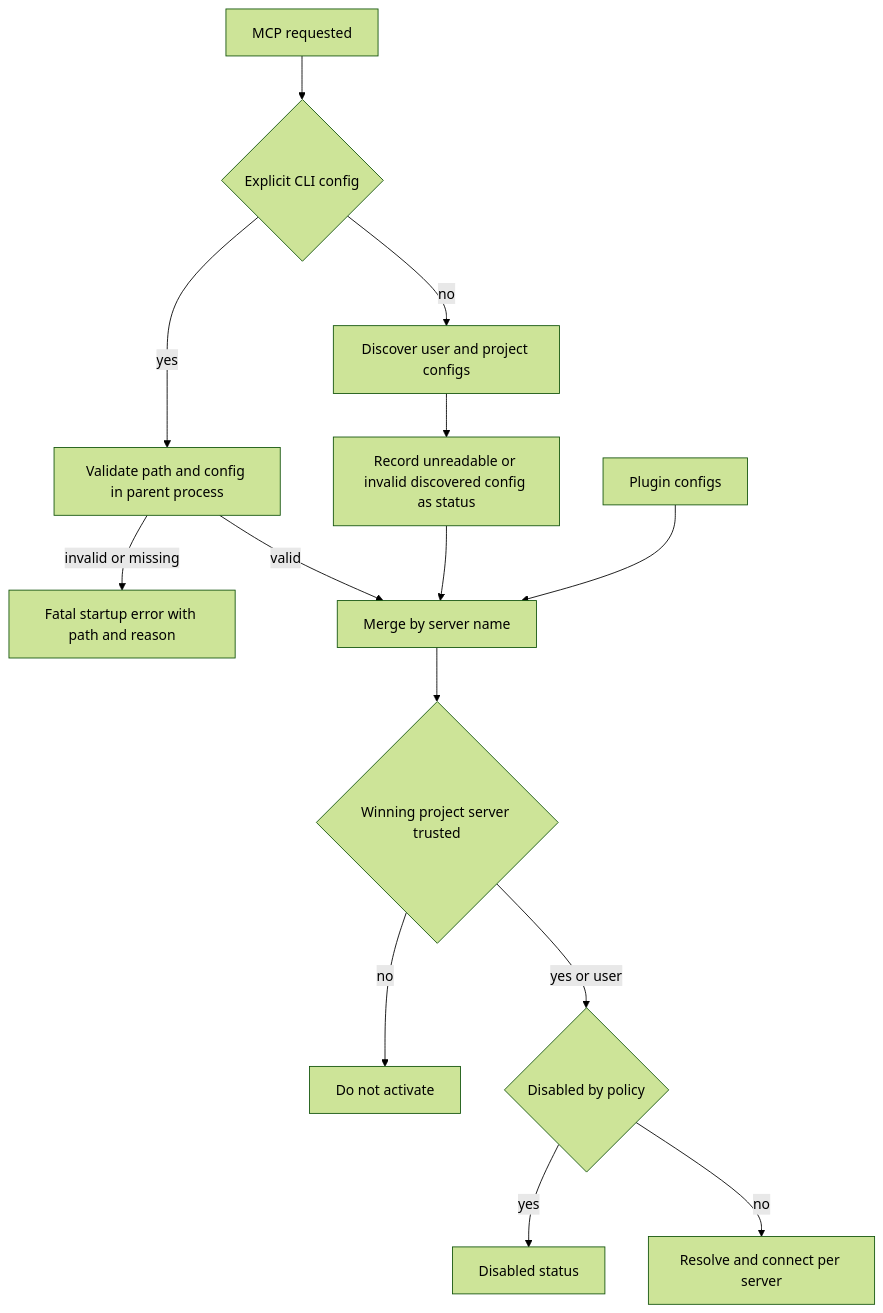
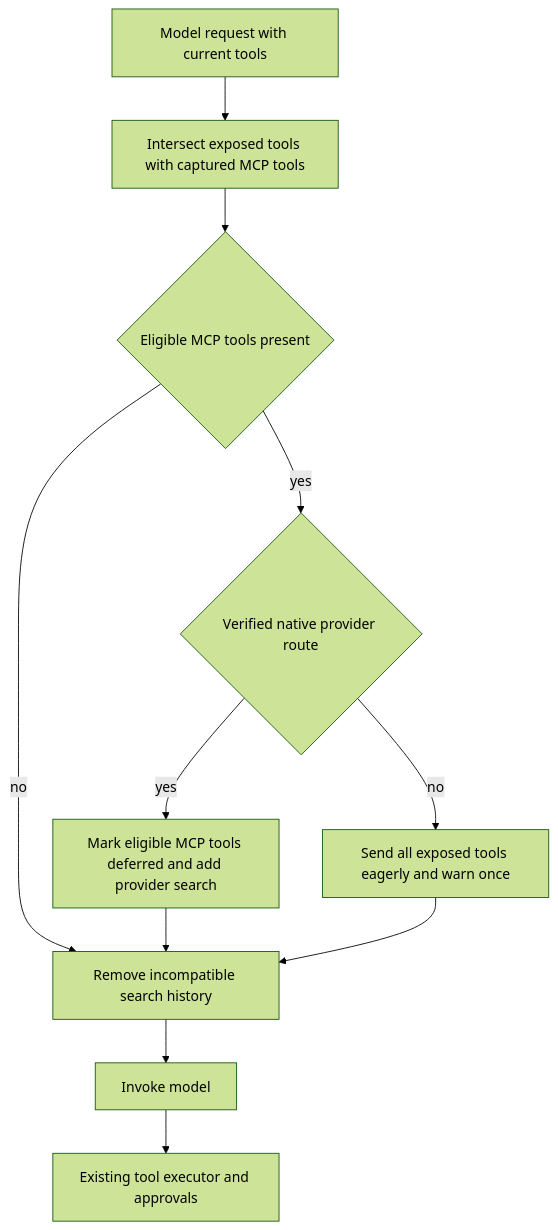
One commit to langchain-ai/deepagents changed the diagram in openwiki/integrations/mcp.md. Above: the diagram before and after it, drawn with Mermaid (forest theme). The commit also changed other lines of this file and 29 other files, not shown here.

````diff
--- a/openwiki/integrations/mcp.md
+++ b/openwiki/integrations/mcp.md
@@ -37,16 +77,13 @@
 ```mermaid
 flowchart TD
-    Start["MCP requested"] --> Explicit{"Explicit CLI config"}
-    Explicit -->|"yes"| Validate["Validate path and config in parent process"]
-    Validate -->|"invalid or missing"| Fatal["Fatal startup error with path and reason"]
-    Validate -->|"valid"| Merge["Merge by server name"]
-    Explicit -->|"no"| Discover["Discover user and project configs"]
-    Discover --> Lenient["Record unreadable or invalid discovered config as status"]
-    Lenient --> Merge
-    Plugin["Plugin configs"] --> Merge
-    Merge --> Trust{"Winning project server trusted"}
-    Trust -->|"no"| Skip["Do not activate"]
-    Trust -->|"yes or user"| Disabled{"Disabled by policy"}
-    Disabled -->|"yes"| Status["Disabled status"]
-    Disabled -->|"no"| Activate["Resolve and connect per server"]
+    Request["Model request with current tools"] --> Eligible["Intersect exposed tools with captured MCP tools"]
+    Eligible --> HasMCP{"Eligible MCP tools present"}
+    HasMCP -->|"no"| Portable["Remove incompatible search history"]
+    HasMCP -->|"yes"| Native{"Verified native provider route"}
+    Native -->|"yes"| Defer["Mark eligible MCP tools deferred and add provider search"]
+    Native -->|"no"| Eager["Send all exposed tools eagerly and warn once"]
+    Defer --> Portable
+    Eager --> Portable
+    Portable --> Model["Invoke model"]
+    Model --> Executor["Existing tool executor and approvals"]
 ```
````
